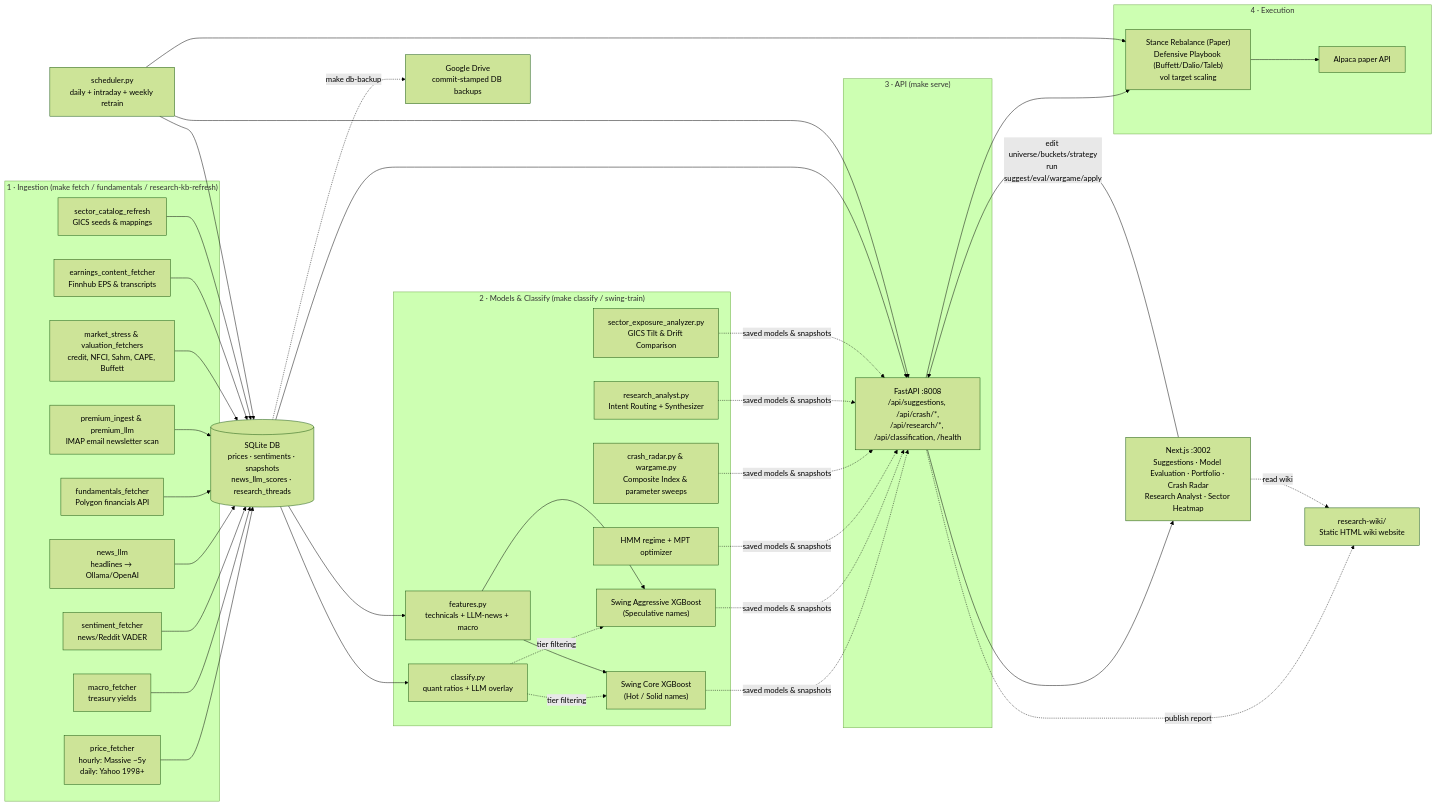
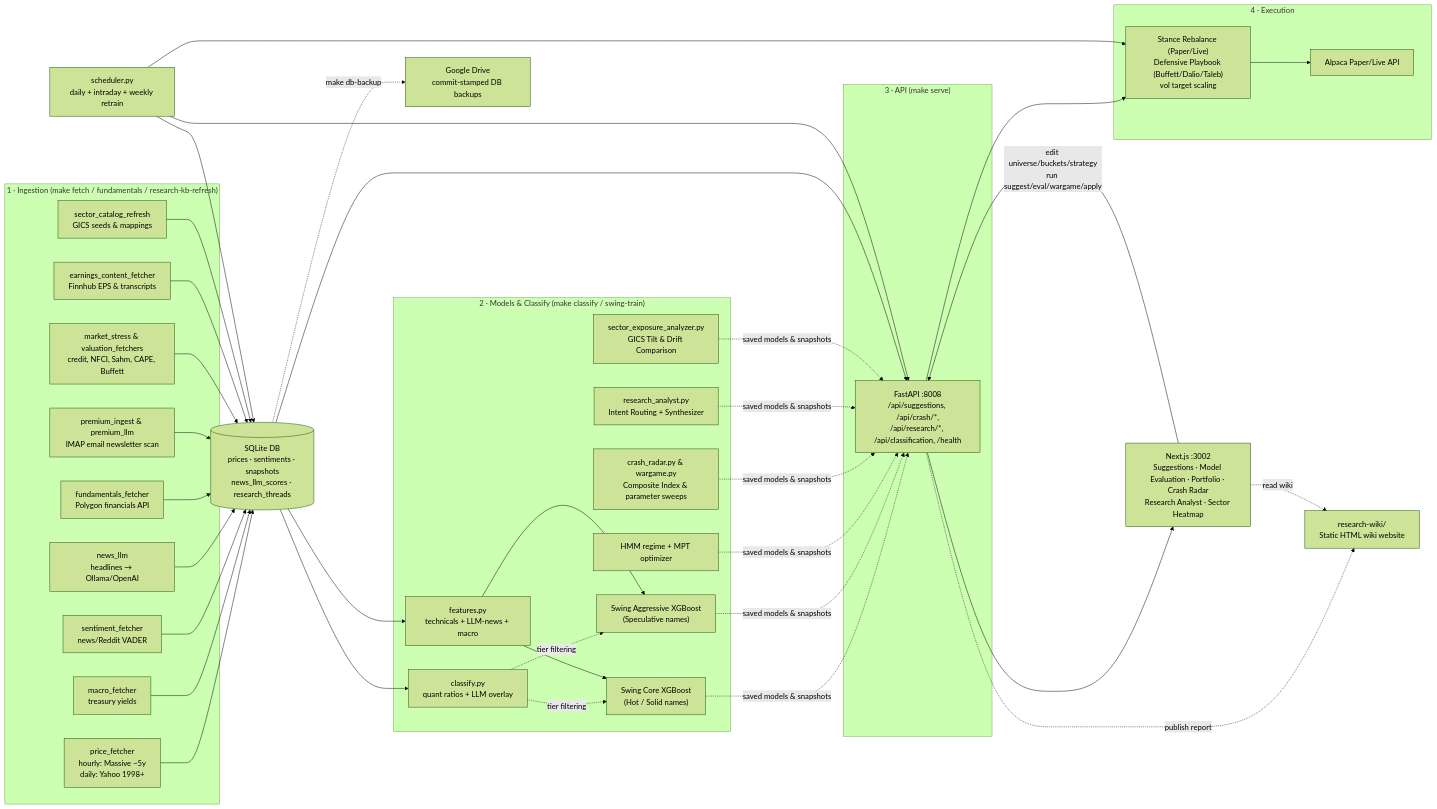
The diagram in docs/README.md (arvindpereira/ampytech-trader), drawn with Mermaid (forest theme) before and after one commit. The commit also changed other lines of this file and 5 other files, not shown here.

Commit message:
Update docs/ and README.md to reflect active Alpaca live/paper support, new scheduler jobs, and account definitions

````diff
--- a/docs/README.md
+++ b/docs/README.md
@@ -49,50 +49,50 @@
 ```mermaid
 flowchart LR
     subgraph Ingest["1 · Ingestion (make fetch / fundamentals / research-kb-refresh)"]
         P["price_fetcher<br/>hourly: Massive ~5y<br/>daily: Yahoo 1998+"]
         M[macro_fetcher<br/>treasury yields]
         S[sentiment_fetcher<br/>news/Reddit VADER]
         N["news_llm<br/>headlines → Ollama/OpenAI"]
         FUND["fundamentals_fetcher<br/>Polygon financials API"]
         PREM["premium_ingest & premium_llm<br/>IMAP email newsletter scan"]
         STRESS["market_stress & valuation_fetchers<br/>credit, NFCI, Sahm, CAPE, Buffett"]
         FINN["earnings_content_fetcher<br/>Finnhub EPS & transcripts"]
         SECT["sector_catalog_refresh<br/>GICS seeds & mappings"]
     end
     DB[(SQLite DB<br/>prices · sentiments · snapshots<br/>news_llm_scores · research_threads)]
     subgraph ML["2 · Models & Classify (make classify / swing-train)"]
         CLASS["classify.py<br/>quant ratios + LLM overlay"]
         F[features.py<br/>technicals + LLM-news + macro]
         SW_CORE["Swing Core XGBoost<br/>(Hot / Solid names)"]
         SW_AGG["Swing Aggressive XGBoost<br/>(Speculative names)"]
         H[HMM regime + MPT optimizer]
         CRASH["crash_radar.py & wargame.py<br/>Composite Index & parameter sweeps"]
         RE_AN["research_analyst.py<br/>Intent Routing + Synthesizer"]
         SE_EX["sector_exposure_analyzer.py<br/>GICS Tilt & Drift Comparison"]
     end
     subgraph Serve["3 · API (make serve)"]
         API["FastAPI :8008<br/>/api/suggestions, /api/crash/*,<br/>/api/research/*, /api/classification, /health"]
     end
     subgraph Exec["4 · Execution"]
-        BUCK["Stance Rebalance (Paper)<br/>Defensive Playbook (Buffett/Dalio/Taleb)<br/>vol target scaling"]
-        ALP[Alpaca paper API]
+        BUCK["Stance Rebalance (Paper/Live)<br/>Defensive Playbook (Buffett/Dalio/Taleb)<br/>vol target scaling"]
+        ALP[Alpaca Paper/Live API]
     end
     UI["Next.js :3002<br/>Suggestions · Model Evaluation · Portfolio · Crash Radar<br/>Research Analyst · Sector Heatmap"]
     SCH["scheduler.py<br/>daily + intraday + weekly retrain"]
     GD["Google Drive<br/>commit-stamped DB backups"]
     WIKI["research-wiki/<br/>Static HTML wiki website"]
 
     P & M & S & N & FUND & PREM & STRESS & FINN & SECT --> DB
     DB --> CLASS
     DB --> F
     CLASS -.tier filtering.-> SW_CORE & SW_AGG
     F --> SW_CORE & SW_AGG
     SW_CORE & SW_AGG & H & CRASH & RE_AN & SE_EX -.saved models & snapshots.-> API
     DB --> API --> UI
     UI -->|edit universe/buckets/strategy<br/>run suggest/eval/wargame/apply| API
     API --> BUCK --> ALP
     SCH --> DB & API & BUCK
     DB -. make db-backup .-> GD
     API -. publish report .-> WIKI
     UI -. read wiki .-> WIKI
 ```
````
